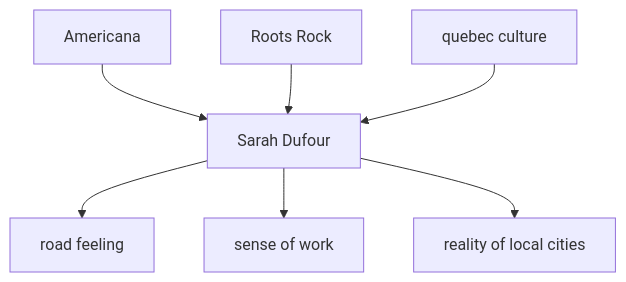
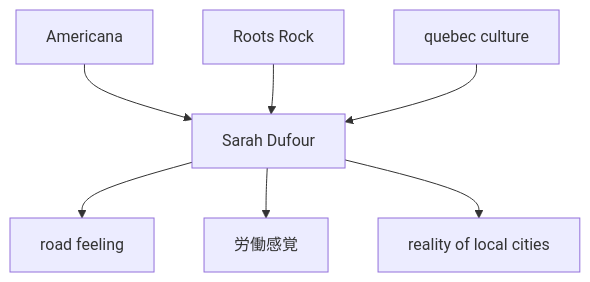
One commit to monumental-movement/monumental-movement.github.io changed the fourth of 9 diagrams in en/_posts/2026-05-09-column-sarah-dufour.md. Above: the diagram before and after it, drawn with Mermaid. The commit also changed other lines of this file and 1012 other files, not shown here.

```diff
--- a/en/_posts/2026-05-09-column-sarah-dufour.md
+++ b/en/_posts/2026-05-09-column-sarah-dufour.md
@@ -181,10 +181,10 @@
 <div class="mermaid">
 graph TD
 A[Americana] --> D[Sarah Dufour]
 B[Roots Rock] --> D
 C[quebec culture] --> D
 
 D --> E[road feeling]
-D --> F[sense of work]
+D --> F[労働感覚]
 D --> G[reality of local cities]
 </div>
```
